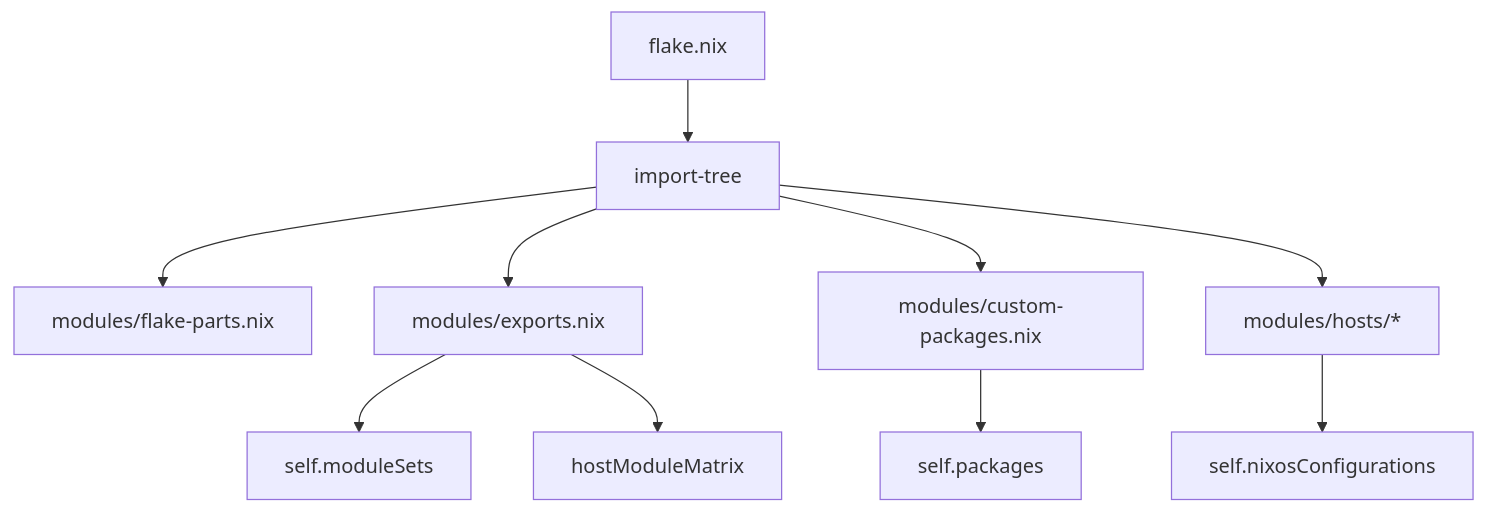
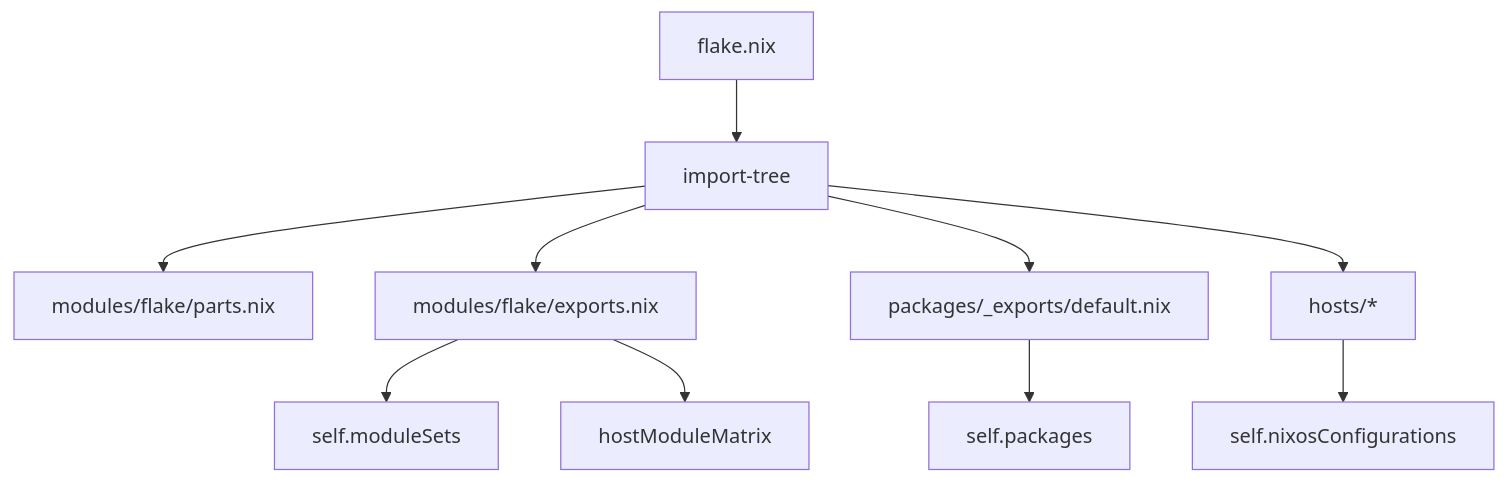
Before and after one commit to Vanadium5000/nixconf: the diagram in README.md, drawn with Mermaid. The commit also changed other lines of this file and 249 other files, not shown here.

````diff
--- a/README.md
+++ b/README.md
@@ -88,12 +87,12 @@
 ```mermaid
 flowchart TD
   F[flake.nix] --> IT[import-tree]
-  IT --> FP[modules/flake-parts.nix]
-  IT --> EX[modules/exports.nix]
-  IT --> CP[modules/custom-packages.nix]
-  IT --> HM[modules/hosts/*]
+  IT --> FP[modules/flake/parts.nix]
+  IT --> EX[modules/flake/exports.nix]
+  IT --> CP[packages/_exports/default.nix]
+  IT --> HM[hosts/*]
   CP --> PKG[self.packages]
   EX --> SETS[self.moduleSets]
   EX --> MATRIX[hostModuleMatrix]
   HM --> NC[self.nixosConfigurations]
 ```
````
